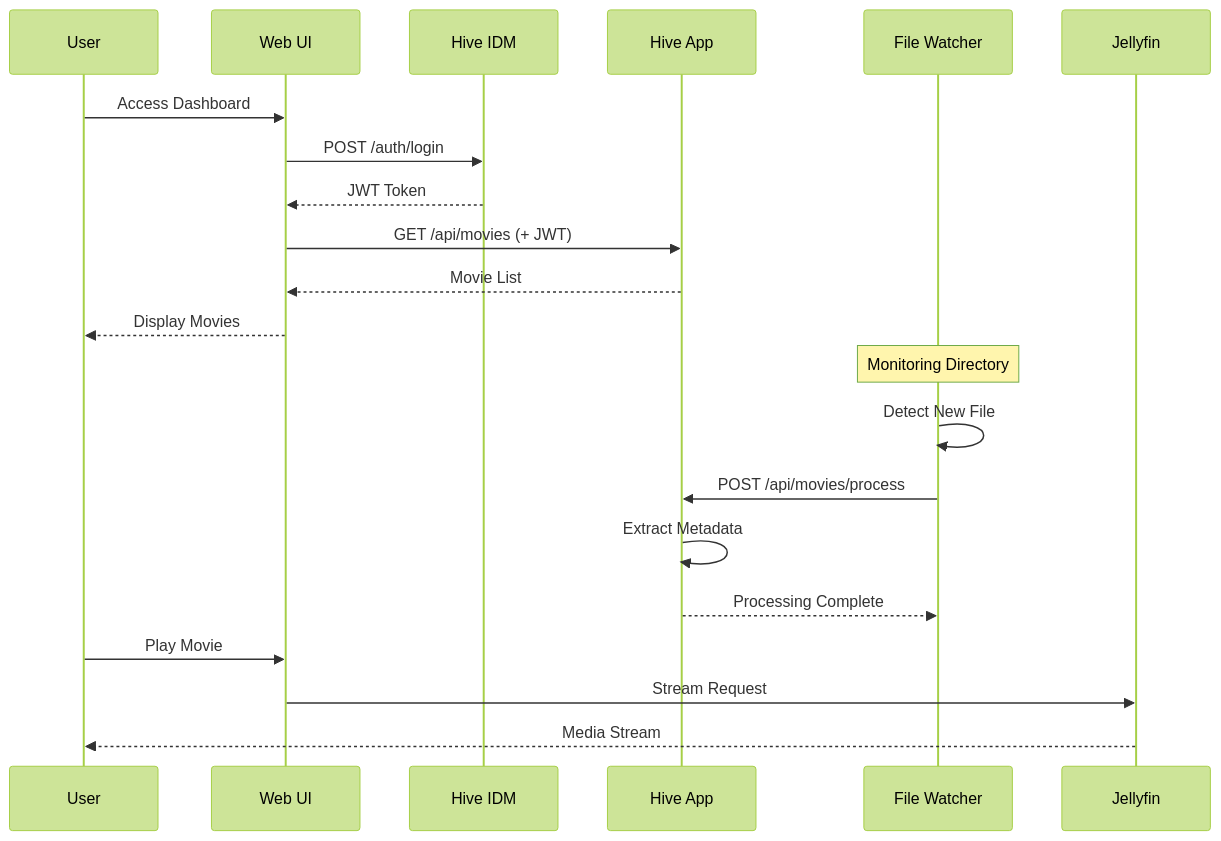
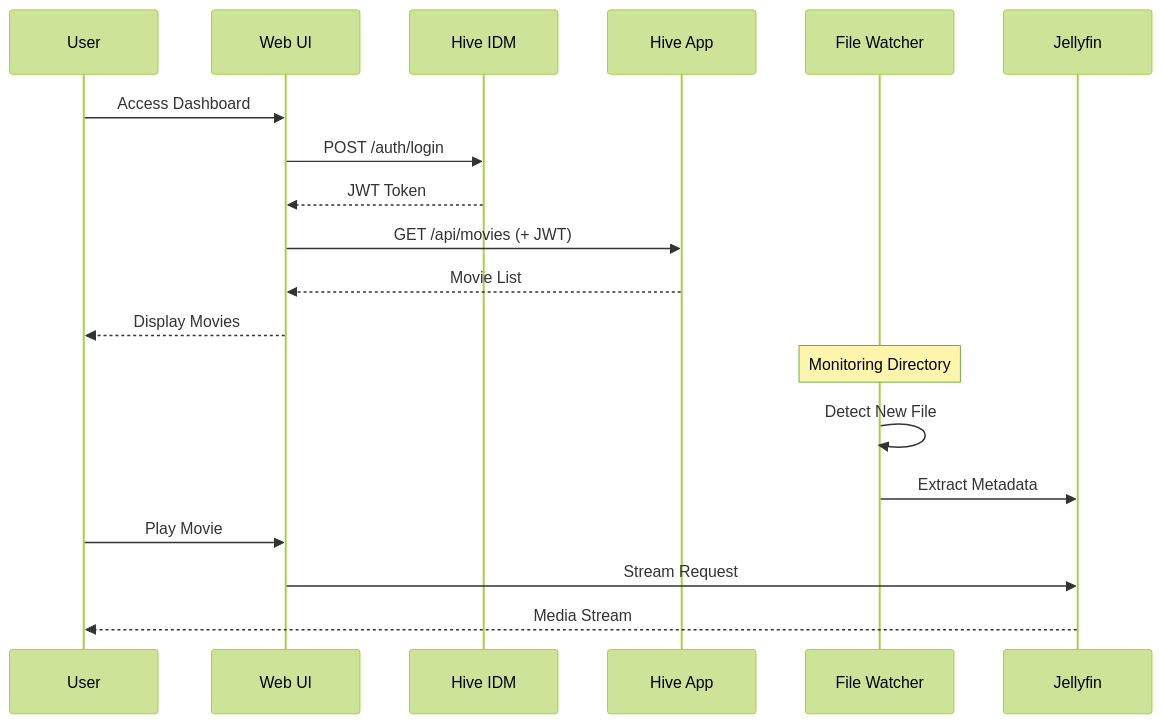
Before and after one commit to ekinbulut/hive-movie-platfrom: the second of 2 diagrams in README.md, drawn with Mermaid (forest theme). The commit also changed other lines of this file, not shown here.

Commit message:
Update README to clarify watcher interactions and metadata extraction process

````diff
--- a/README.md
+++ b/README.md
@@ -69,27 +69,25 @@
 ```mermaid
 sequenceDiagram
     participant U as User
     participant W as Web UI
     participant I as Hive IDM
     participant A as Hive App
     participant FS as File Watcher
     participant J as Jellyfin
     
     U->>W: Access Dashboard
     W->>I: POST /auth/login
     I-->>W: JWT Token
     
     W->>A: GET /api/movies (+ JWT)
     A-->>W: Movie List
     W-->>U: Display Movies
     
     Note over FS: Monitoring Directory
     FS->>FS: Detect New File
-    FS->>A: POST /api/movies/process
-    A->>A: Extract Metadata
-    A-->>FS: Processing Complete
+    FS->>J: Extract Metadata
     
     U->>W: Play Movie
     W->>J: Stream Request
     J-->>U: Media Stream
 ```
````
